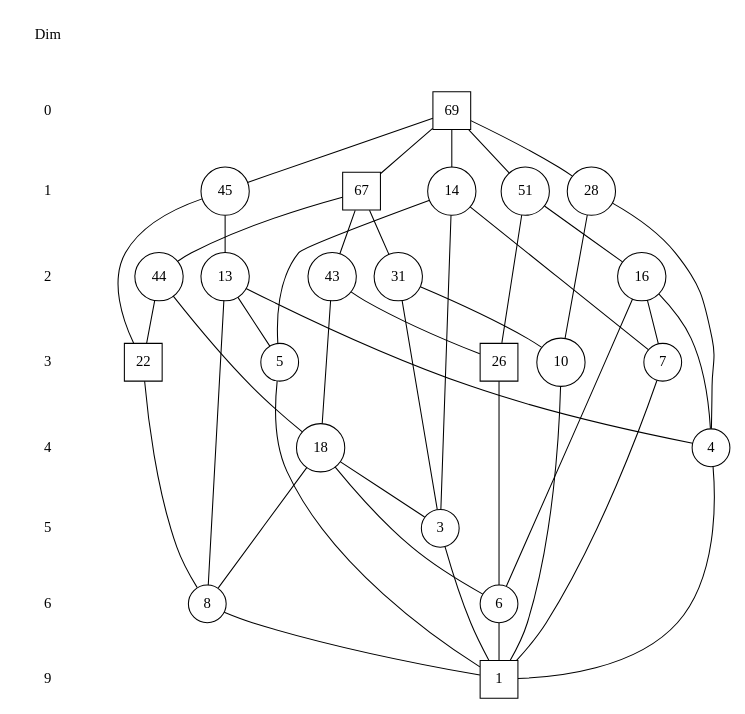
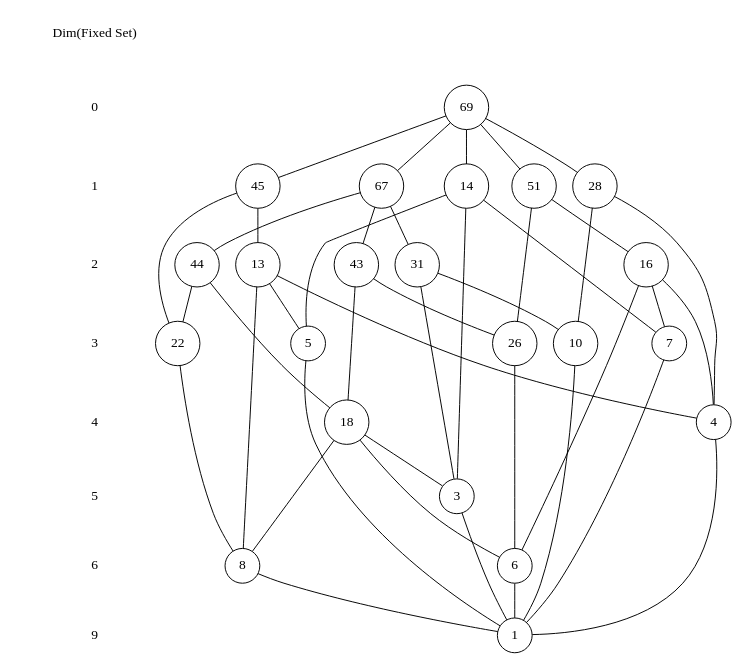
The diagram in demo/demo41/latorbittypesV.dot (psistwu/equideg), drawn with Graphviz before and after one commit. The commit also changed 9 other files, not shown here.

```diff
--- a/demo/demo41/latorbittypesV.dot
+++ b/demo/demo41/latorbittypesV.dot
@@ -1,105 +1,105 @@
 digraph lattice {
 size = "6,6";
-"rt" [label="Dim", color=white];
+"rt" [label="Dim(Fixed Set)", color=white];
 "rt" -> "s0" [color=white, arrowhead=none];
 "s0" [label="0", color=white];
 "s0" -> "s1" [color=white, arrowhead=none];
 "s1" [label="1", color=white];
 "s1" -> "s2" [color=white, arrowhead=none];
 "s2" [label="2", color=white];
 "s2" -> "s3" [color=white, arrowhead=none];
 "s3" [label="3", color=white];
 "s3" -> "s4" [color=white, arrowhead=none];
 "s4" [label="4", color=white];
 "s4" -> "s5" [color=white, arrowhead=none];
 "s5" [label="5", color=white];
 "s5" -> "s6" [color=white, arrowhead=none];
 "s6" [label="6", color=white];
 "s6" -> "s9" [color=white, arrowhead=none];
 "s9" [label="9", color=white];
-"1" [label="1", shape=square];
+"1" [label="1", shape=circle];
 { rank=same; "s9" "1"; }
 "2" [label="3", shape=circle];
 { rank=same; "s5" "2"; }
 "3" [label="4", shape=circle];
 { rank=same; "s4" "3"; }
 "4" [label="5", shape=circle];
 { rank=same; "s3" "4"; }
 "5" [label="6", shape=circle];
 { rank=same; "s6" "5"; }
 "6" [label="7", shape=circle];
 { rank=same; "s3" "6"; }
 "7" [label="8", shape=circle];
 { rank=same; "s6" "7"; }
 "8" [label="10", shape=circle];
 { rank=same; "s3" "8"; }
 "9" [label="13", shape=circle];
 { rank=same; "s2" "9"; }
 "10" [label="14", shape=circle];
 { rank=same; "s1" "10"; }
 "11" [label="16", shape=circle];
 { rank=same; "s2" "11"; }
 "12" [label="18", shape=circle];
 { rank=same; "s4" "12"; }
-"13" [label="22", shape=square];
+"13" [label="22", shape=circle];
 { rank=same; "s3" "13"; }
-"14" [label="26", shape=square];
+"14" [label="26", shape=circle];
 { rank=same; "s3" "14"; }
 "15" [label="28", shape=circle];
 { rank=same; "s1" "15"; }
 "16" [label="31", shape=circle];
 { rank=same; "s2" "16"; }
 "17" [label="43", shape=circle];
 { rank=same; "s2" "17"; }
 "18" [label="44", shape=circle];
 { rank=same; "s2" "18"; }
 "19" [label="45", shape=circle];
 { rank=same; "s1" "19"; }
 "20" [label="51", shape=circle];
 { rank=same; "s1" "20"; }
-"21" [label="67", shape=square];
+"21" [label="67", shape=circle];
 { rank=same; "s1" "21"; }
-"22" [label="69", shape=square];
+"22" [label="69", shape=circle];
 { rank=same; "s0" "22"; }
 "2" -> "1" [arrowhead=none];
 "3" -> "1" [arrowhead=none];
 "4" -> "1" [arrowhead=none];
 "5" -> "1" [arrowhead=none];
 "6" -> "1" [arrowhead=none];
 "7" -> "1" [arrowhead=none];
 "8" -> "1" [arrowhead=none];
 "9" -> "3" [arrowhead=none];
 "9" -> "4" [arrowhead=none];
 "9" -> "7" [arrowhead=none];
 "10" -> "2" [arrowhead=none];
 "10" -> "4" [arrowhead=none];
 "10" -> "6" [arrowhead=none];
 "11" -> "3" [arrowhead=none];
 "11" -> "5" [arrowhead=none];
 "11" -> "6" [arrowhead=none];
 "12" -> "2" [arrowhead=none];
 "12" -> "5" [arrowhead=none];
 "12" -> "7" [arrowhead=none];
 "13" -> "7" [arrowhead=none];
 "14" -> "5" [arrowhead=none];
 "15" -> "3" [arrowhead=none];
 "15" -> "8" [arrowhead=none];
 "16" -> "2" [arrowhead=none];
 "16" -> "8" [arrowhead=none];
 "17" -> "12" [arrowhead=none];
 "17" -> "14" [arrowhead=none];
 "18" -> "12" [arrowhead=none];
 "18" -> "13" [arrowhead=none];
 "19" -> "9" [arrowhead=none];
 "19" -> "13" [arrowhead=none];
 "20" -> "11" [arrowhead=none];
 "20" -> "14" [arrowhead=none];
 "21" -> "16" [arrowhead=none];
 "21" -> "17" [arrowhead=none];
 "21" -> "18" [arrowhead=none];
 "22" -> "10" [arrowhead=none];
 "22" -> "15" [arrowhead=none];
 "22" -> "19" [arrowhead=none];
 "22" -> "20" [arrowhead=none];
 "22" -> "21" [arrowhead=none];
 }
```
